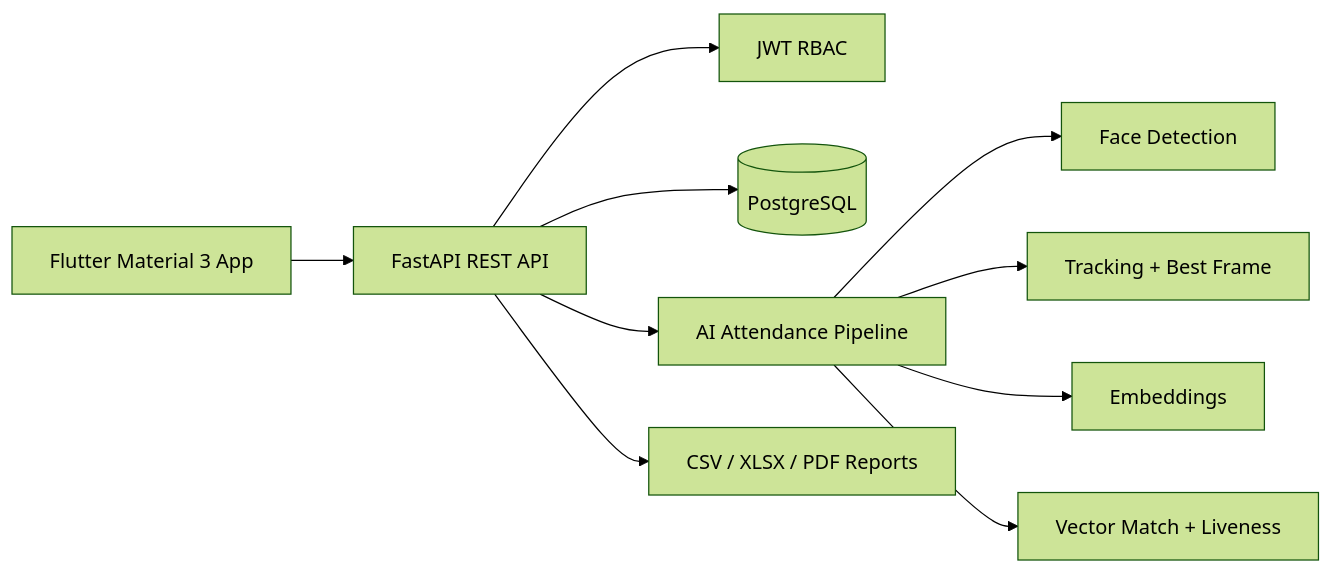
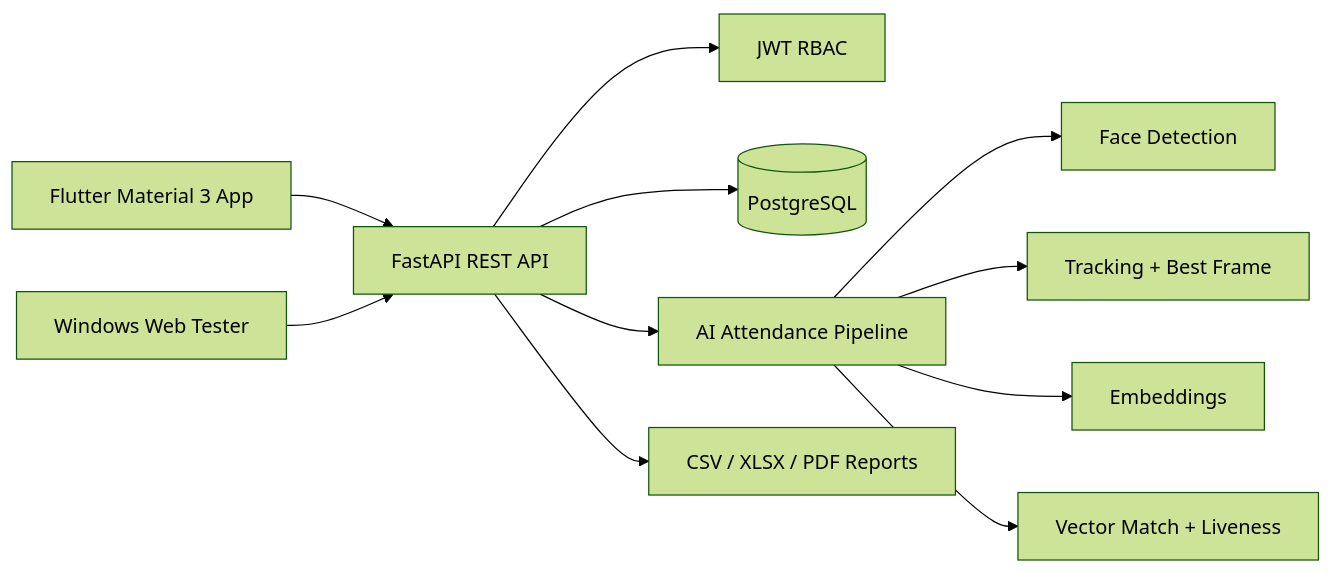
Before and after one commit to mdbilaln11/AutoAttendance: the diagram in README.md, drawn with Mermaid (forest theme). The commit also changed other lines of this file, not shown here.

````diff
--- a/README.md
+++ b/README.md
@@ -7,12 +7,13 @@
 ```mermaid
 flowchart LR
   Flutter[Flutter Material 3 App] --> API[FastAPI REST API]
+  WebTester[Windows Web Tester] --> API
   API --> Auth[JWT RBAC]
   API --> DB[(PostgreSQL)]
   API --> AI[AI Attendance Pipeline]
   AI --> Detect[Face Detection]
   AI --> Track[Tracking + Best Frame]
   AI --> Embed[Embeddings]
   AI --> Match[Vector Match + Liveness]
   API --> Exports[CSV / XLSX / PDF Reports]
 ```
````
